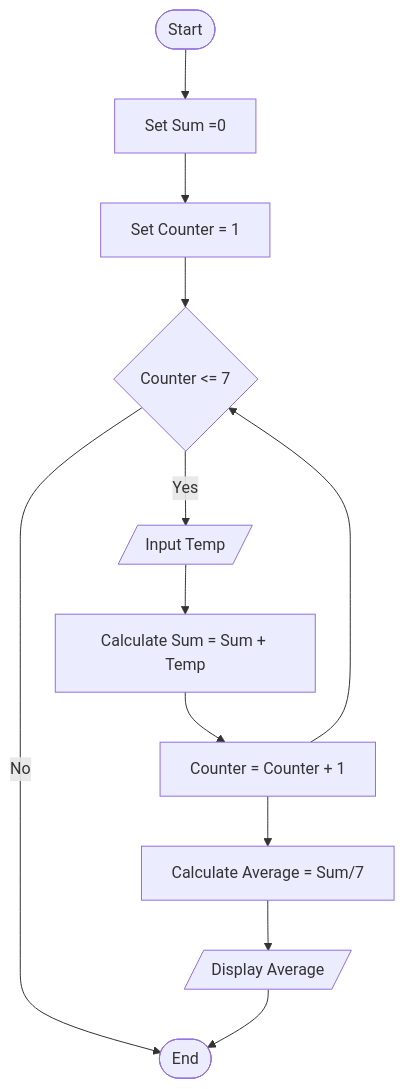
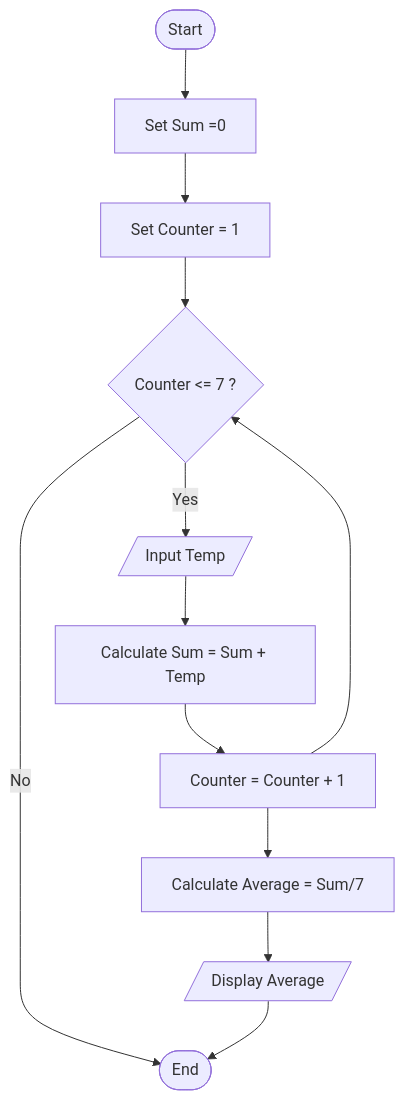
One commit to Padmaqaauto/Flowchart_and_Pseudocode changed the diagram in Algorithms/Average_Temperature.md. Above: the diagram before and after it, drawn with Mermaid. The commit also changed 12 other files, not shown here.

````diff
--- a/Algorithms/Average_Temperature.md
+++ b/Algorithms/Average_Temperature.md
@@ -32,17 +32,17 @@
 ```mermaid
 
 flowchart TD
 
         A(["Start"]) --> B["Set Sum =0"]
         B --> C["Set Counter = 1"]
-        C --> D{"Counter <= 7"}
+        C --> D{"Counter <= 7 ?"}
         D --> |Yes| E[/Input Temp/]
         D --> |No| F(["End"])
         E --> G["Calculate Sum = Sum + Temp"]
         G --> H["Counter = Counter + 1"]
         H --> D
         H --> I["Calculate Average = Sum/7"]
         I --> J[/Display Average/]
         J --> F
 
 ```
````
